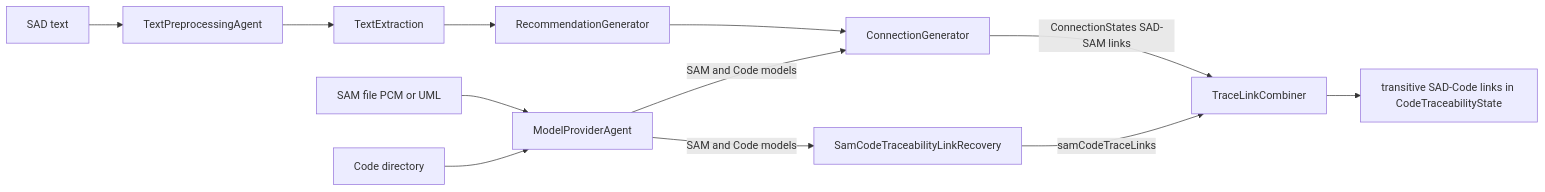
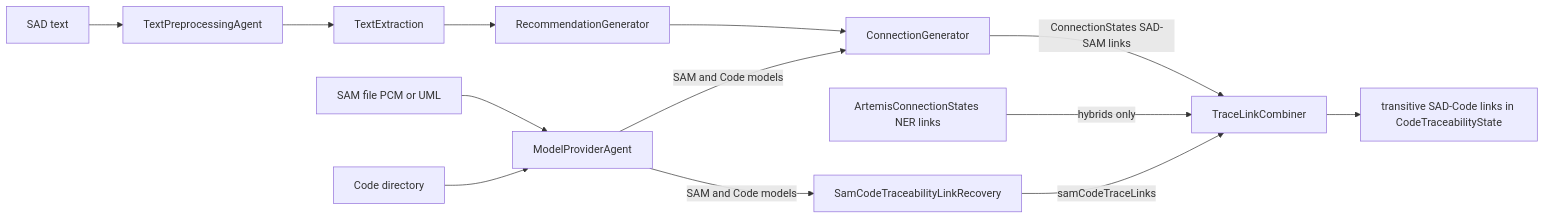
One commit to ardoco/ardoco changed the first of 2 diagrams in openwiki/tlr-approaches.md. Above: the diagram before and after it, drawn with Mermaid. The commit also changed other lines of this file and 15 other files, not shown here.

````diff
--- a/openwiki/tlr-approaches.md
+++ b/openwiki/tlr-approaches.md
@@ -258,14 +304,15 @@
 ```mermaid
 flowchart LR
     SAD["SAD text"] --> TPA["TextPreprocessingAgent"]
     TPA --> TE["TextExtraction"]
     TE --> REC["RecommendationGenerator"]
     REC --> CON["ConnectionGenerator"]
     SAM["SAM file PCM or UML"] --> MPA["ModelProviderAgent"]
     CODE["Code directory"] --> MPA
     MPA -->|"SAM and Code models"| CON
     MPA -->|"SAM and Code models"| SCL["SamCodeTraceabilityLinkRecovery"]
     CON -->|"ConnectionStates SAD-SAM links"| TC["TraceLinkCombiner"]
+    AC["ArtemisConnectionStates NER links"] -->|"hybrids only"| TC
     SCL -->|"samCodeTraceLinks"| TC
     TC --> OUT["transitive SAD-Code links in CodeTraceabilityState"]
 ```
````
